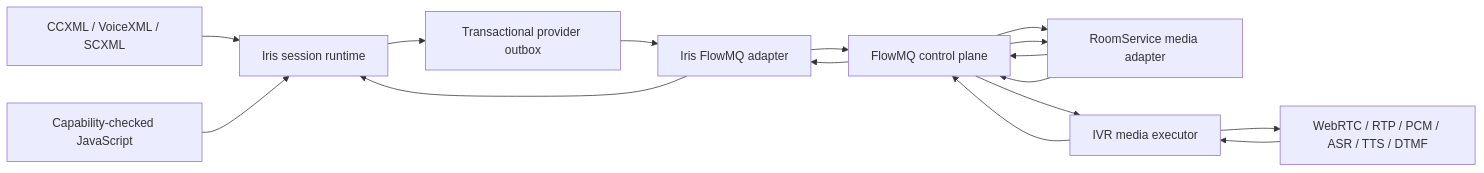
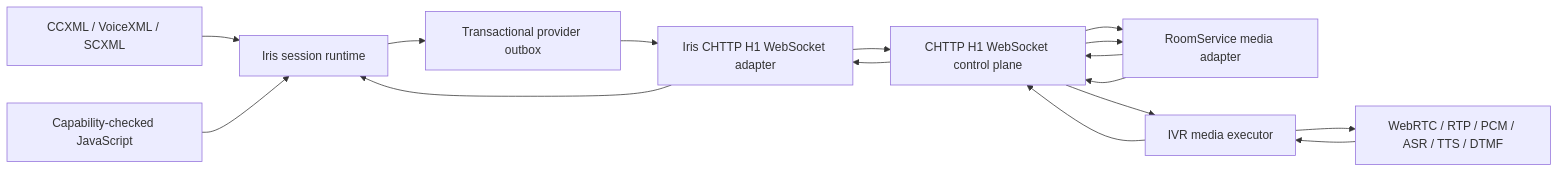
One commit to qigao/turbomedia changed the first of 2 diagrams in webrtc/docs/ivr-worker-architecture-zh.md. Above: the diagram before and after it, drawn with Mermaid. The commit also changed other lines of this file and 162 other files, not shown here.

````diff
--- a/webrtc/docs/ivr-worker-architecture-zh.md
+++ b/webrtc/docs/ivr-worker-architecture-zh.md
@@ -9,17 +9,17 @@
 ```mermaid
 flowchart LR
   XML[CCXML / VoiceXML / SCXML]
   JS[Capability-checked JavaScript]
   Iris[Iris session runtime]
   Outbox[Transactional provider outbox]
-  IrisMQ[Iris FlowMQ adapter]
+  IrisMQ[Iris CHTTP H1 WebSocket adapter]
   Room[RoomService media adapter]
-  MQ[FlowMQ control plane]
+  MQ[CHTTP H1 WebSocket control plane]
   Worker[IVR media executor]
   Plane[WebRTC / RTP / PCM / ASR / TTS / DTMF]
 
   XML --> Iris
   JS --> Iris
   Iris --> Outbox --> IrisMQ --> MQ --> Room --> MQ --> Worker --> Plane
   Plane --> Worker --> MQ --> Room --> MQ --> IrisMQ --> Iris
 ```
````
